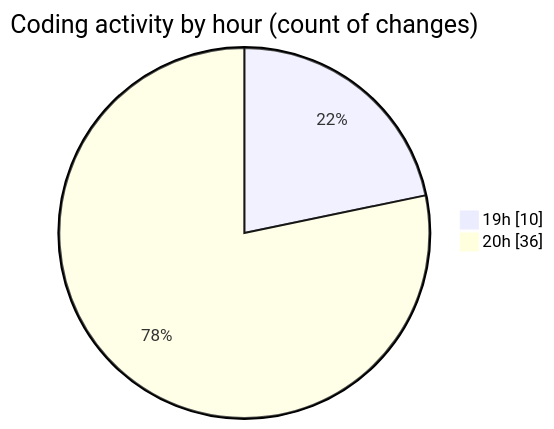
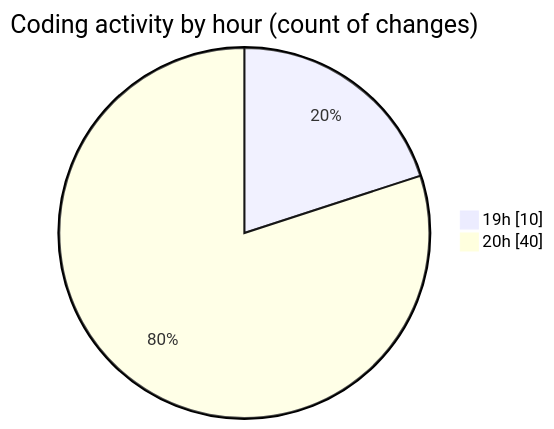
Before and after one commit to charlie-sans/code-tracking: the second of 2 diagrams in 2025-01-28/trollerboard/README.md, drawn with Mermaid. The commit also changed other lines of this file and 1 other file, not shown here.

````diff
--- a/2025-01-28/trollerboard/README.md
+++ b/2025-01-28/trollerboard/README.md
@@ -37,6 +37,6 @@
 ```mermaid
 pie showData
 title Coding activity by hour (count of changes)
 "19h" : 10
-"20h" : 36
+"20h" : 40
 ```
````
